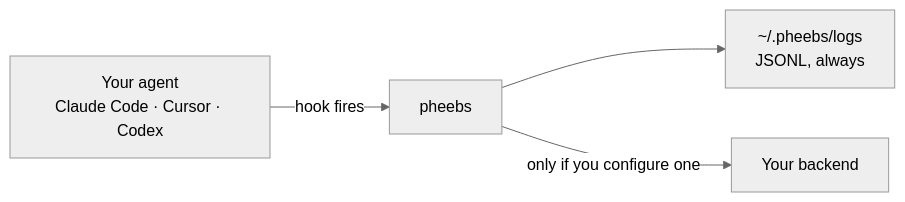
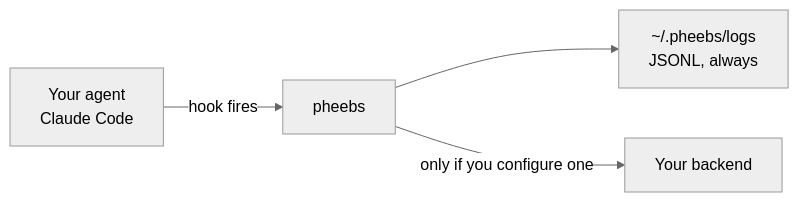
Before and after one commit to Eversynced/pheebs: the diagram in README.md, drawn with Mermaid (neutral theme). The commit also changed other lines of this file and 37 other files, not shown here.

First line of the commit message:
feat!: remove Cursor and Codex support, keep their old hooks harmless

````diff
--- a/README.md
+++ b/README.md
@@ -35,6 +34,6 @@
 ```mermaid
 flowchart LR
-    A["Your agent<br/>Claude Code · Cursor · Codex"] -->|hook fires| B["pheebs"]
+    A["Your agent<br/>Claude Code"] -->|hook fires| B["pheebs"]
     B --> C["~/.pheebs/logs<br/>JSONL, always"]
     B -->|only if you configure one| D["Your backend"]
 ```
````
